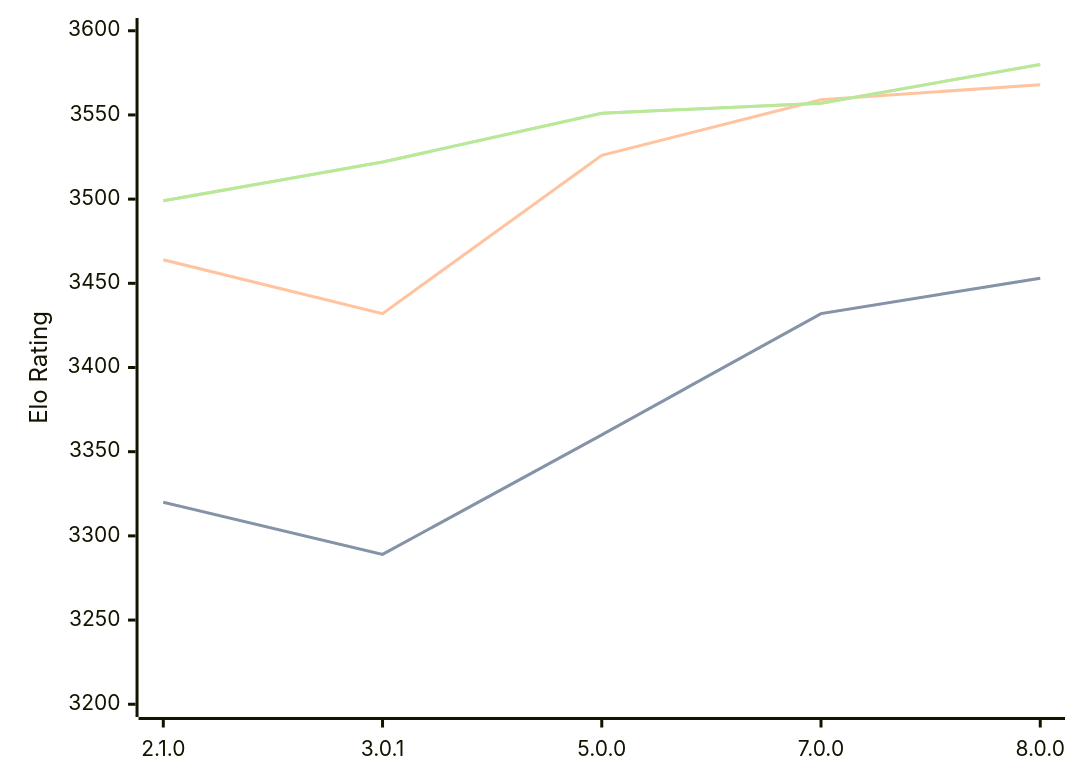
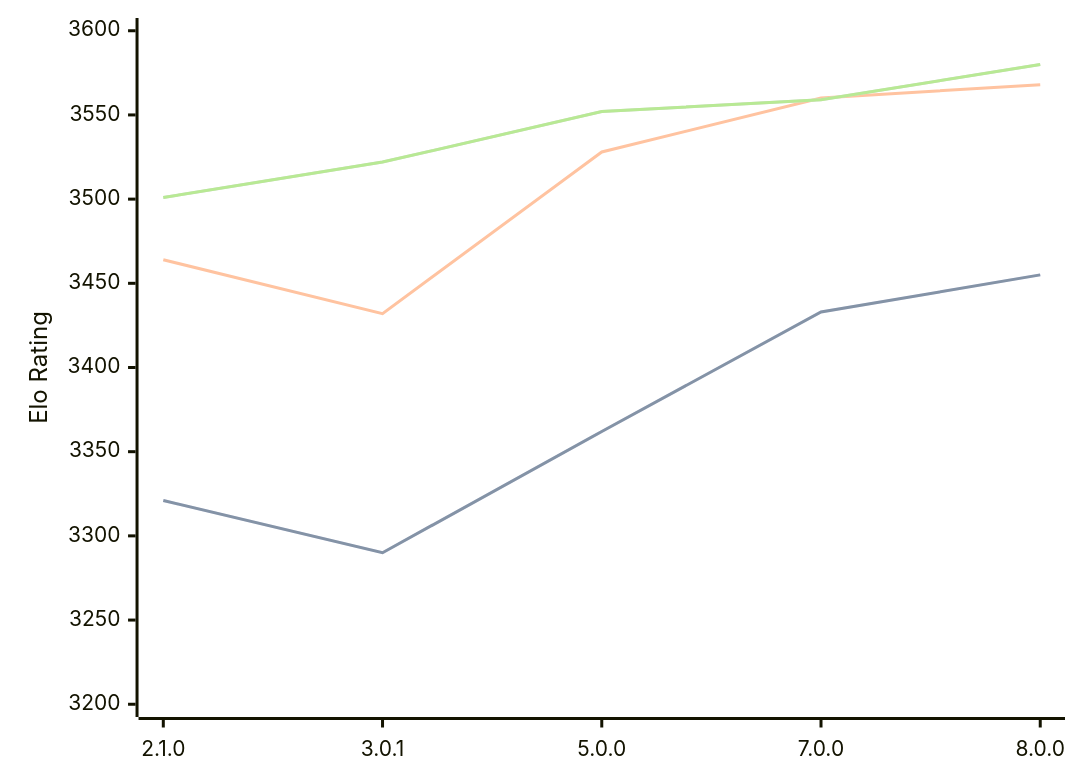
One commit to computer-chess-index/cci changed the diagram in engines/PlentyChess.md. Above: the diagram before and after it, drawn with Mermaid. The commit also changed other lines of this file, not shown here.

Commit message:
Update CCI Ratings (ELO VLTC) - 2026-08-21

````diff
--- a/engines/PlentyChess.md
+++ b/engines/PlentyChess.md
@@ -37,11 +37,11 @@
 ```mermaid
 %%{init: {"theme":"base","themeVariables":{"seriesColors:['#a3a3a3','#222221','#faa371']}}}%%
 xychart-beta
   x-axis ["2.1.0", "3.0.1", "5.0.0", "7.0.0", "8.0.0"]
   y-axis "Elo Rating" 3200 --> 3600
-  line "STC (8.0+0.08s)" [3320, 3289, 3360, 3432, 3453]
-  line "STC (8.0+0.08s)" [3320, 3289, 3360, 3432, 3453]
-  line "LTC (60.0+0.60s)" [3464, 3432, 3526, 3559, 3568]
-  line "VLTC (2m24s+1.12s)" [3499, 3522, 3551, 3557, 3580]
-  line "VLTC (2m24s+1.12s)" [3499, 3522, 3551, 3557, 3580]
+  line "STC (8.0+0.08s)" [3321, 3290, 3362, 3433, 3455]
+  line "STC (8.0+0.08s)" [3321, 3290, 3362, 3433, 3455]
+  line "LTC (60.0+0.60s)" [3464, 3432, 3528, 3560, 3568]
+  line "VLTC (2m24s+1.12s)" [3501, 3522, 3552, 3559, 3580]
+  line "VLTC (2m24s+1.12s)" [3501, 3522, 3552, 3559, 3580]
 ```
````
